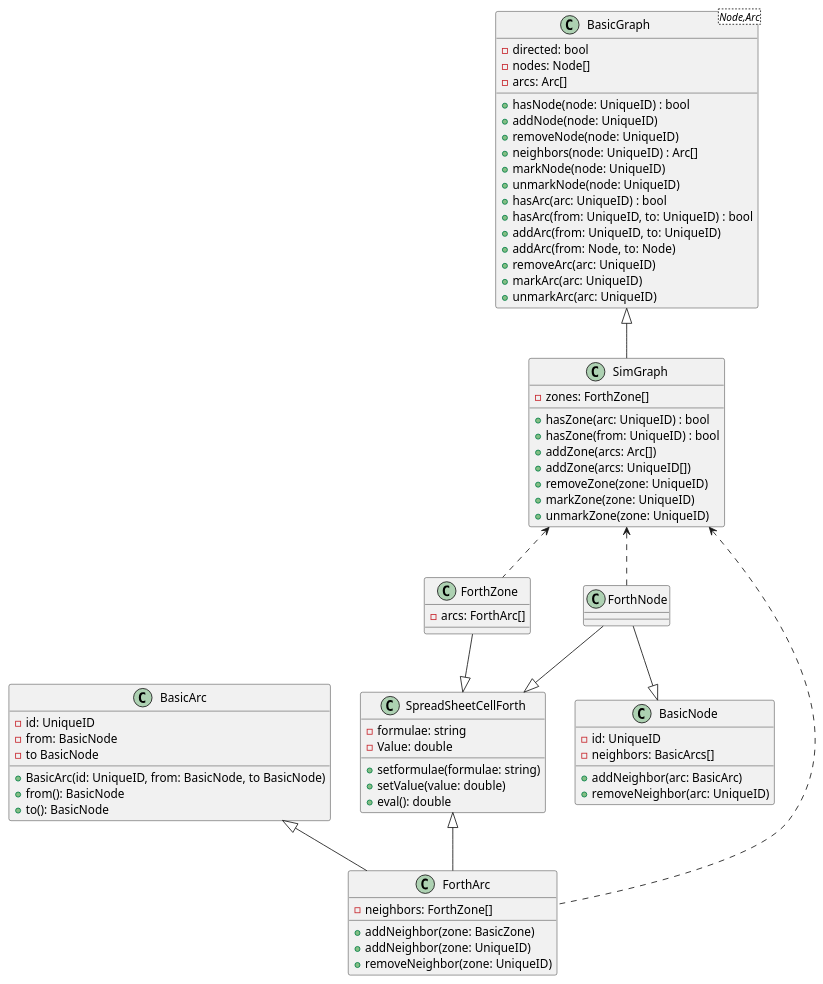
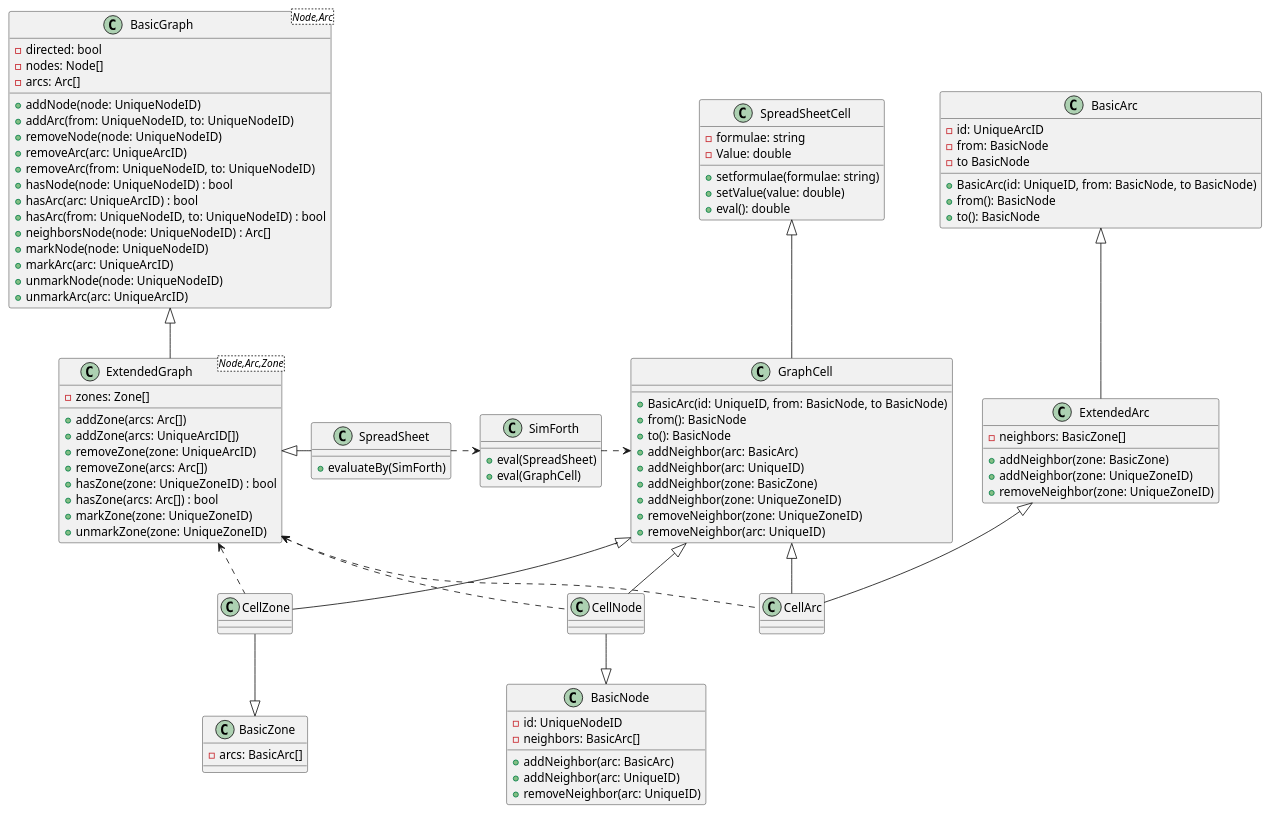
One commit to Lecrapouille/SimTaDyn changed the diagram in doc/uml/simgraph.plantuml. Above: the diagram before and after it, drawn with PlantUML. The commit also changed other lines of this file and 52 other files, not shown here.

```diff
--- a/doc/uml/simgraph.plantuml
+++ b/doc/uml/simgraph.plantuml
@@ -1,85 +1,111 @@
 @startuml
 
-class SpreadSheetCellForth {
+class "BasicGraph<Node,Arc>" as BasicGraph
+class BasicGraph {
+-directed: bool
+-nodes: Node[]
+-arcs: Arc[]
++addNode(node: UniqueNodeID)
++addArc(from: UniqueNodeID, to: UniqueNodeID)
++removeNode(node: UniqueNodeID)
++removeArc(arc: UniqueArcID)
++removeArc(from: UniqueNodeID, to: UniqueNodeID)
++hasNode(node: UniqueNodeID) : bool
++hasArc(arc: UniqueArcID) : bool
++hasArc(from: UniqueNodeID, to: UniqueNodeID) : bool
++neighborsNode(node: UniqueNodeID) : Arc[]
++markNode(node: UniqueNodeID)
++markArc(arc: UniqueArcID)
++unmarkNode(node: UniqueNodeID)
++unmarkArc(arc: UniqueArcID)
+}
+
+class "ExtendedGraph<Node,Arc,Zone>" as ExtendedGraph
+class ExtendedGraph {
+-zones: Zone[]
++addZone(arcs: Arc[])
++addZone(arcs: UniqueArcID[])
++removeZone(zone: UniqueArcID)
++removeZone(arcs: Arc[])
++hasZone(zone: UniqueZoneID) : bool
++hasZone(arcs: Arc[]) : bool
++markZone(zone: UniqueZoneID)
++unmarkZone(zone: UniqueZoneID)
+}
+
+class BasicNode {
+-id: UniqueNodeID
+-neighbors: BasicArc[]
++addNeighbor(arc: BasicArc)
++addNeighbor(arc: UniqueID)
++removeNeighbor(arc: UniqueID)
+}
+
+class BasicArc {
+-id: UniqueArcID
+-from: BasicNode
+-to BasicNode
++BasicArc(id: UniqueID, from: BasicNode, to BasicNode)
++from(): BasicNode
++to(): BasicNode
+}
+
+class ExtendedArc {
+-neighbors: BasicZone[]
++addNeighbor(zone: BasicZone)
++addNeighbor(zone: UniqueZoneID)
++removeNeighbor(zone: UniqueZoneID)
+}
+
+class BasicZone {
+-arcs: BasicArc[]
+}
+
+class SpreadSheetCell {
 -formulae: string
 -Value: double
 +setformulae(formulae: string)
 +setValue(value: double)
 +eval(): double
 }
 
-class BasicNode {
--id: UniqueID
--neighbors: BasicArcs[]
+class GraphCell {
++BasicArc(id: UniqueID, from: BasicNode, to BasicNode)
++from(): BasicNode
++to(): BasicNode
 +addNeighbor(arc: BasicArc)
++addNeighbor(arc: UniqueID)
++addNeighbor(zone: BasicZone)
++addNeighbor(zone: UniqueZoneID)
++removeNeighbor(zone: UniqueZoneID)
 +removeNeighbor(arc: UniqueID)
 }
 
-class ForthNode {
+class SpreadSheet {
++evaluateBy(SimForth)
 }
 
-ForthNode --|> SpreadSheetCellForth
-ForthNode --|> BasicNode
-ForthZone --|> SpreadSheetCellForth
-
-class BasicArc {
--id: UniqueID
--from: BasicNode
--to BasicNode
-+BasicArc(id: UniqueID, from: BasicNode, to BasicNode)
-+from(): BasicNode
-+to(): BasicNode
+class SimForth {
++eval(SpreadSheet)
++eval(GraphCell)
 }
 
-class ForthArc {
--neighbors: ForthZone[]
-+addNeighbor(zone: BasicZone)
-+addNeighbor(zone: UniqueID)
-+removeNeighbor(zone: UniqueID)
-}
+SpreadSheetCell <|-- GraphCell
+BasicArc <|-- ExtendedArc
+GraphCell <|-- CellNode
+GraphCell <|-- CellArc
+GraphCell <|-- CellZone
+CellNode --|> BasicNode
+ExtendedArc <|-- CellArc
+CellZone --|> BasicZone
 
-class ForthZone {
--arcs: ForthArc[]
-}
 
-' ForthNode "2" <-> "*" ForthArc
-SpreadSheetCellForth <|-- ForthArc
-BasicArc <|-- ForthArc
-
-class "BasicGraph<Node,Arc>" as BasicGraph
-class BasicGraph {
--directed: bool
--nodes: Node[]
--arcs: Arc[]
-+hasNode(node: UniqueID) : bool
-+addNode(node: UniqueID)
-+removeNode(node: UniqueID)
-+neighbors(node: UniqueID) : Arc[]
-+markNode(node: UniqueID)
-+unmarkNode(node: UniqueID)
-+hasArc(arc: UniqueID) : bool
-+hasArc(from: UniqueID, to: UniqueID) : bool
-+addArc(from: UniqueID, to: UniqueID)
-+addArc(from: Node, to: Node)
-+removeArc(arc: UniqueID)
-+markArc(arc: UniqueID)
-+unmarkArc(arc: UniqueID)
-}
-
-class SimGraph {
--zones: ForthZone[]
-+hasZone(arc: UniqueID) : bool
-+hasZone(from: UniqueID) : bool
-+addZone(arcs: Arc[])
-+addZone(arcs: UniqueID[])
-+removeZone(zone: UniqueID)
-+markZone(zone: UniqueID)
-+unmarkZone(zone: UniqueID)
-}
-
-BasicGraph <|-- SimGraph
-SimGraph <.. ForthArc
-SimGraph <.. ForthNode
-SimGraph <.. ForthZone
+BasicGraph <|-- ExtendedGraph
+ExtendedGraph <|- SpreadSheet
+SpreadSheet .> SimForth
+SimForth .> GraphCell
+ExtendedGraph <.. CellArc
+ExtendedGraph <.. CellNode
+ExtendedGraph <.. CellZone
 
 @enduml
```
